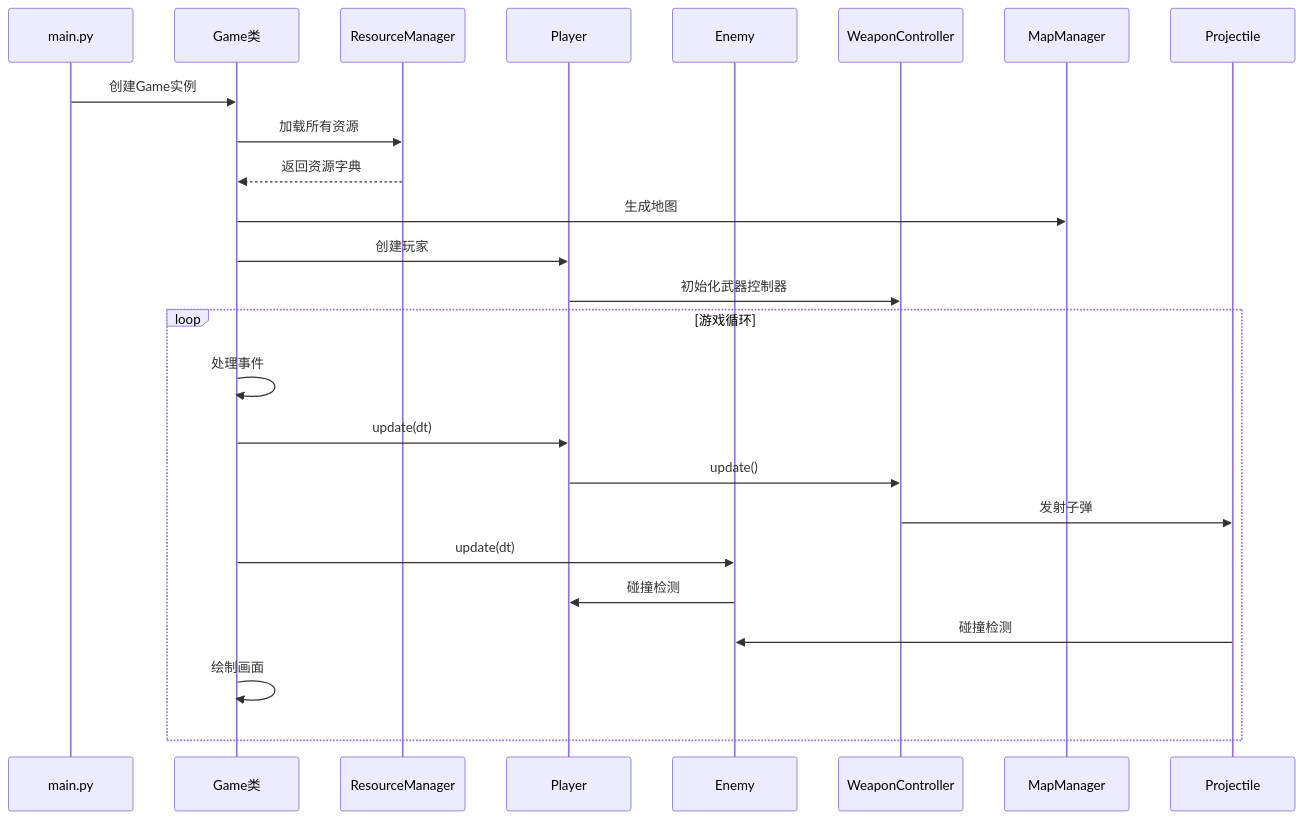
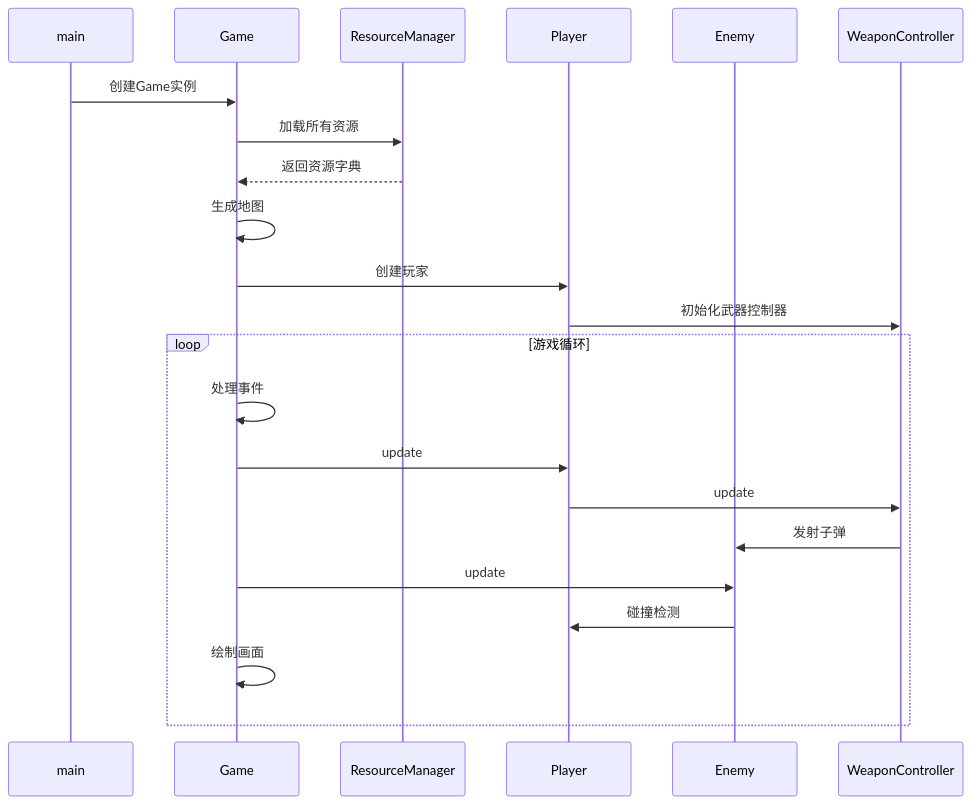
Before and after one commit to jornorrn/My-game: the second of 4 diagrams in 课设报告.md, drawn with Mermaid. The commit also changed other lines of this file, not shown here.

Commit message:
修复这些 Mermaid 图表的语法问题

````diff
--- a/课设报告.md
+++ b/课设报告.md
@@ -215,27 +215,26 @@
 ```mermaid
 sequenceDiagram
-    participant Main as main.py
-    participant Game as Game类
+    participant Main as main
+    participant Game as Game
     participant ResourceManager as ResourceManager
     participant Player as Player
     participant Enemy as Enemy
     participant WeaponController as WeaponController
     
     Main->>Game: 创建Game实例
     Game->>ResourceManager: 加载所有资源
     ResourceManager-->>Game: 返回资源字典
-    Game->>MapManager: 生成地图
+    Game->>Game: 生成地图
     Game->>Player: 创建玩家
     Player->>WeaponController: 初始化武器控制器
     
     loop 游戏循环
         Game->>Game: 处理事件
-        Game->>Player: update(dt)
-        Player->>WeaponController: update()
-        WeaponController->>Projectile: 发射子弹
-        Game->>Enemy: update(dt)
+        Game->>Player: update
+        Player->>WeaponController: update
+        WeaponController->>Enemy: 发射子弹
+        Game->>Enemy: update
         Enemy->>Player: 碰撞检测
-        Projectile->>Enemy: 碰撞检测
         Game->>Game: 绘制画面
     end
 ```
````
